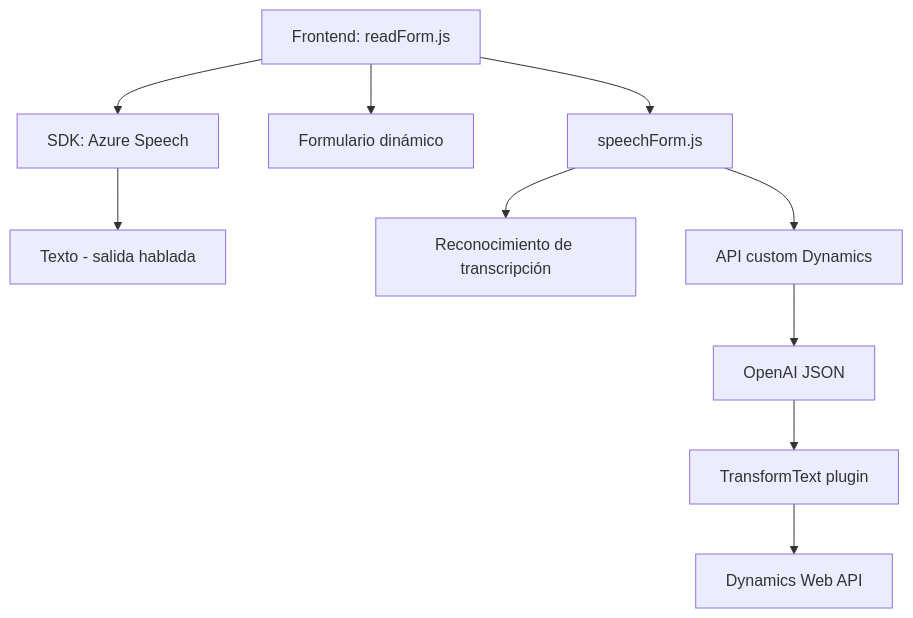
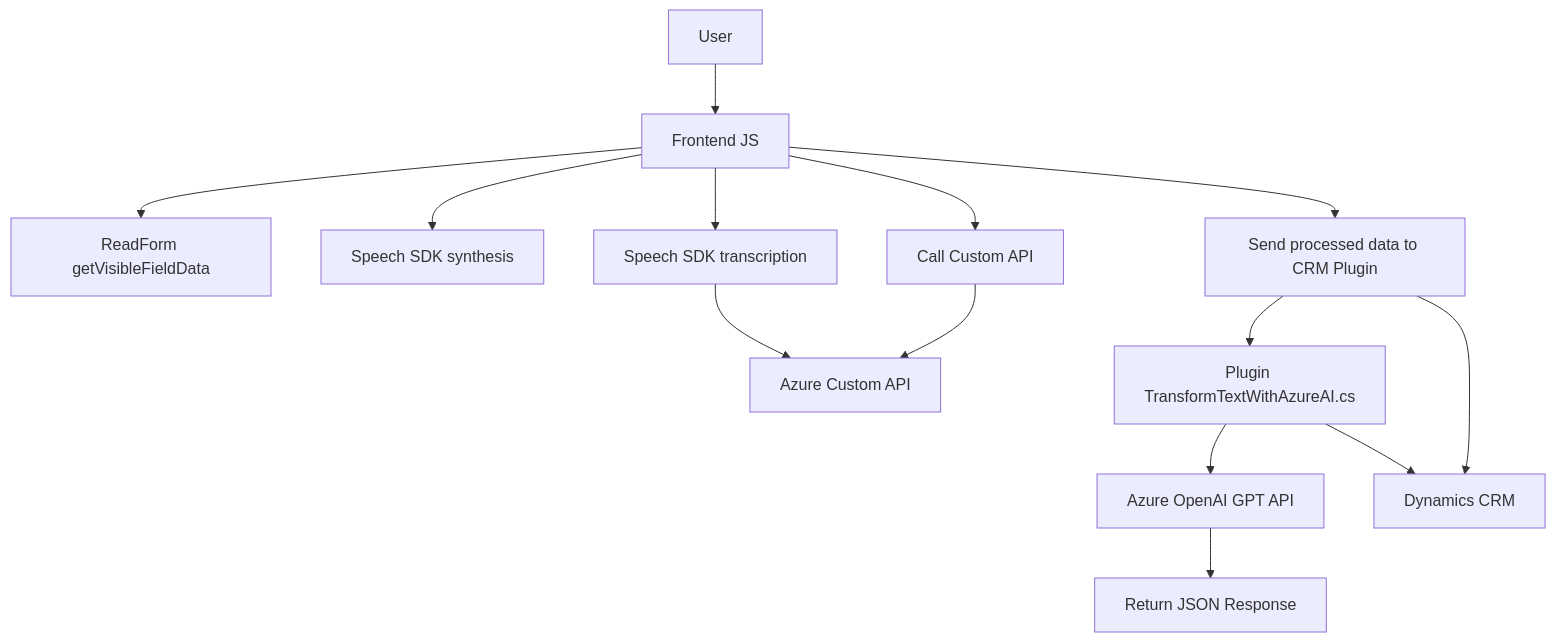
The diagram in README.md (blopezdm/NETCORE_BILBAO2025), drawn with Mermaid before and after one commit. The commit also changed other lines of this file, not shown here.

````diff
--- a/README.md
+++ b/README.md
@@ -38,12 +49,16 @@
 ```mermaid
 graph TD
-    A["Frontend: readForm.js"] --> B["SDK: Azure Speech"]
-    A --> C["Formulario dinámico"]
-    B --> D["Texto - salida hablada"]
-    A --> E["speechForm.js"]
-    E --> F["Reconocimiento de transcripción"]
-    E --> G["API custom Dynamics"]
-    G --> H["OpenAI JSON"]
-    H --> I["TransformText plugin"]
-    I --> J["Dynamics Web API"]
+    A[User] --> B[Frontend JS]
+    B --> C["ReadForm getVisibleFieldData"]
+    B --> D["Speech SDK synthesis"]
+    B --> E["Speech SDK transcription"]
+    B --> F["Call Custom API"]
+    F --> G["Azure Custom API"]
+    E --> G
+    B --> H["Send processed data to CRM Plugin"]
+    H --> I["Plugin TransformTextWithAzureAI.cs"]
+    I --> J["Azure OpenAI GPT API"]
+    J --> K["Return JSON Response"]
+    H --> L["Dynamics CRM"]
+    I --> L
 ```
````
